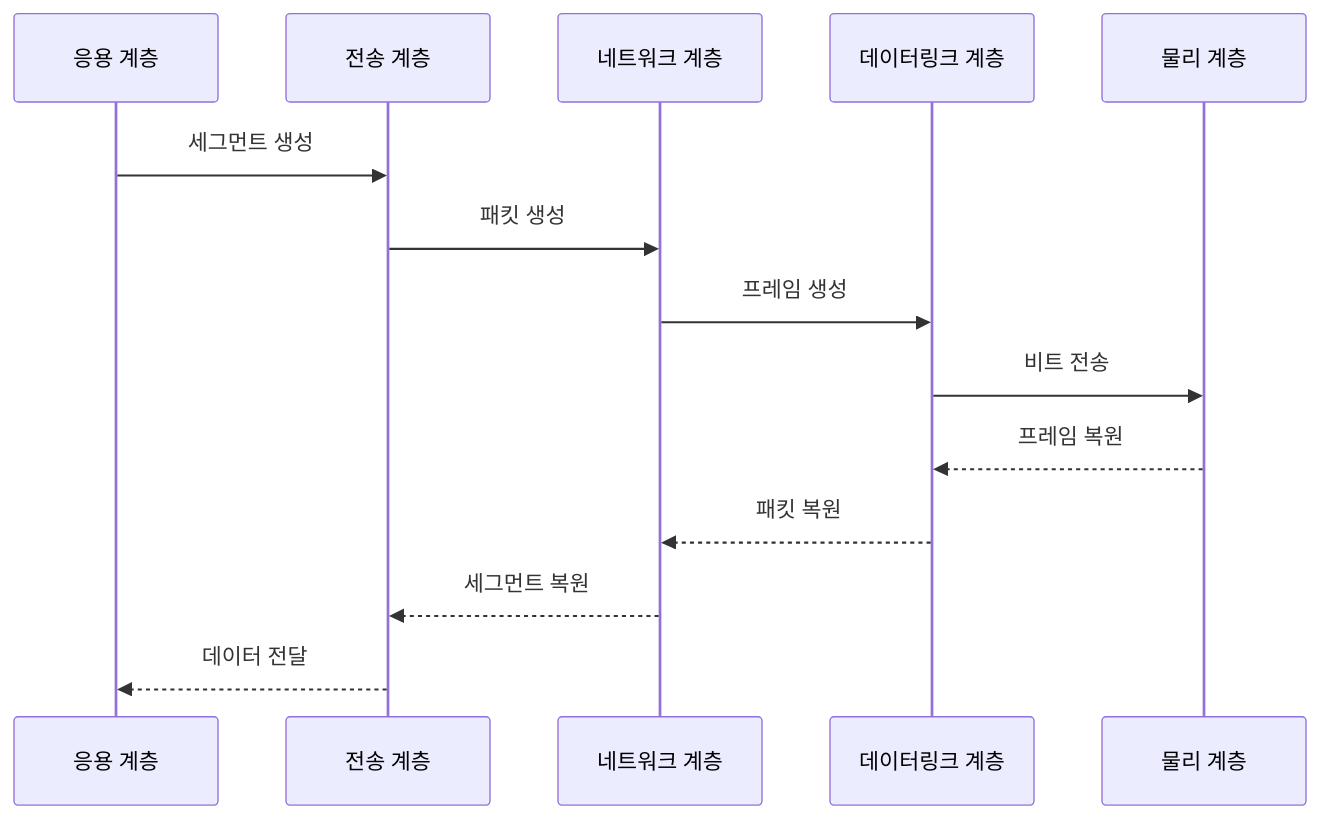
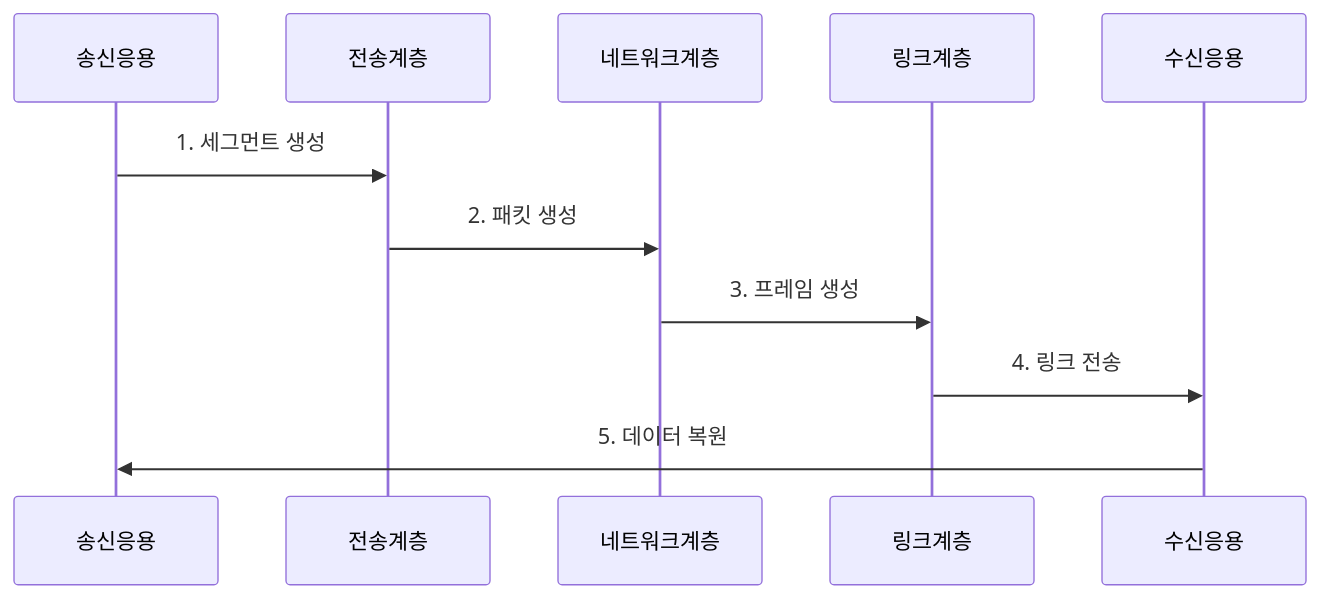
Before and after one commit to agnusdei1207/knowledge-base: the second of 2 diagrams in src/content/docs/notes/04-network/001_osi_7_layer_model.md, drawn with Mermaid. The commit also changed other lines of this file and 20 other files, not shown here.

````diff
--- a/src/content/docs/notes/04-network/001_osi_7_layer_model.md
+++ b/src/content/docs/notes/04-network/001_osi_7_layer_model.md
@@ -85,16 +85,13 @@
 ```mermaid
 sequenceDiagram
-    participant A as 응용 계층
-    participant T as 전송 계층
-    participant N as 네트워크 계층
-    participant D as 데이터링크 계층
-    participant P as 물리 계층
-    A->>T: 세그먼트 생성
-    T->>N: 패킷 생성
-    N->>D: 프레임 생성
-    D->>P: 비트 전송
-    P-->>D: 프레임 복원
-    D-->>N: 패킷 복원
-    N-->>T: 세그먼트 복원
-    T-->>A: 데이터 전달
+    participant 송신응용
+    participant 전송계층
+    participant 네트워크계층
+    participant 링크계층
+    participant 수신응용
+    송신응용->>전송계층: 1. 세그먼트 생성
+    전송계층->>네트워크계층: 2. 패킷 생성
+    네트워크계층->>링크계층: 3. 프레임 생성
+    링크계층->>수신응용: 4. 링크 전송
+    수신응용->>송신응용: 5. 데이터 복원
 ```
````
